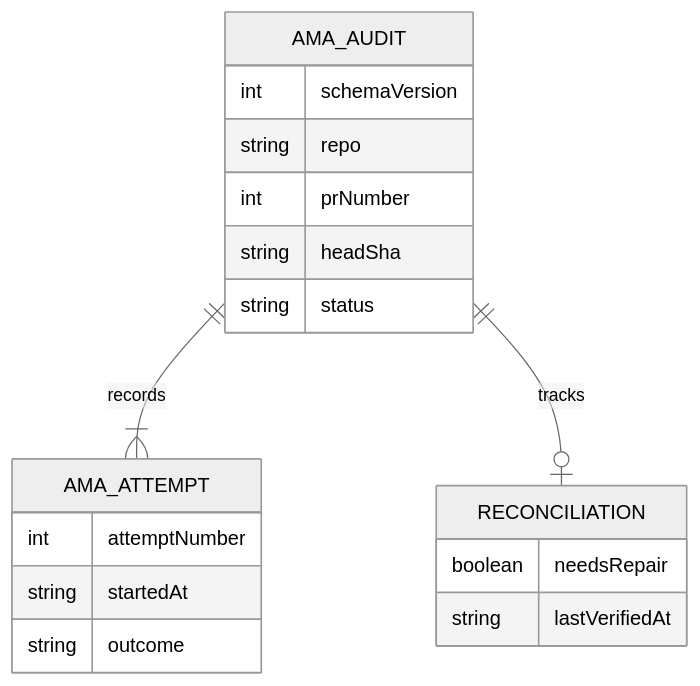
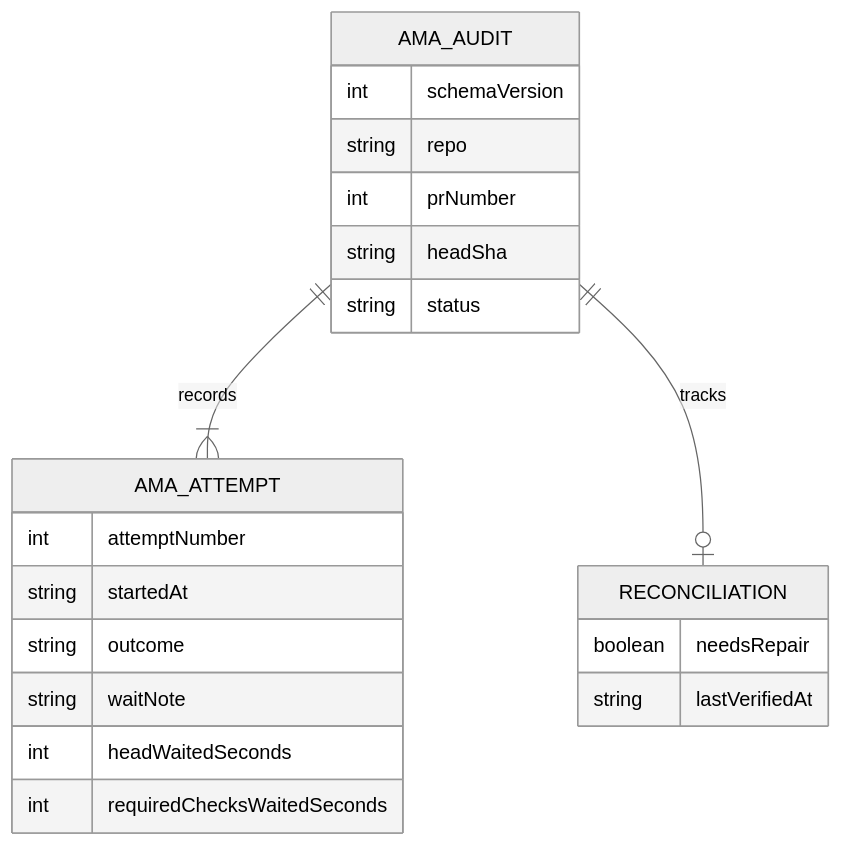
One commit to laceyenterprises/adversarial-review changed the diagram in docs/data-model/ama-audit.md. Above: the diagram before and after it, drawn with Mermaid (neutral theme). The commit also changed other lines of this file and 12 other files, not shown here.

````diff
--- a/docs/data-model/ama-audit.md
+++ b/docs/data-model/ama-audit.md
@@ -38,21 +41,24 @@
 ```mermaid
 erDiagram
   AMA_AUDIT ||--|{ AMA_ATTEMPT : records
   AMA_AUDIT ||--o| RECONCILIATION : tracks
   AMA_AUDIT {
     int schemaVersion
     string repo
     int prNumber
     string headSha
     string status
   }
   AMA_ATTEMPT {
     int attemptNumber
     string startedAt
     string outcome
+    string waitNote
+    int headWaitedSeconds
+    int requiredChecksWaitedSeconds
   }
   RECONCILIATION {
     boolean needsRepair
     string lastVerifiedAt
   }
 ```
````
